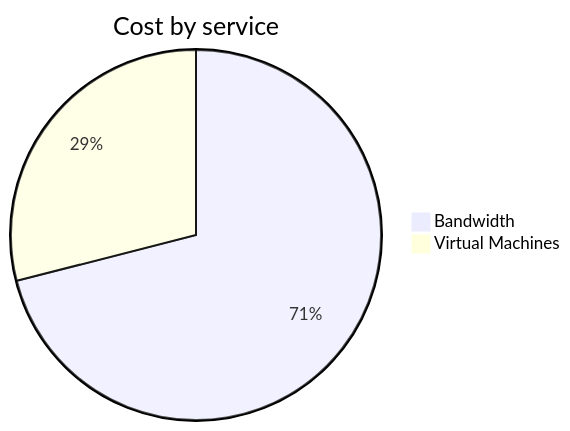
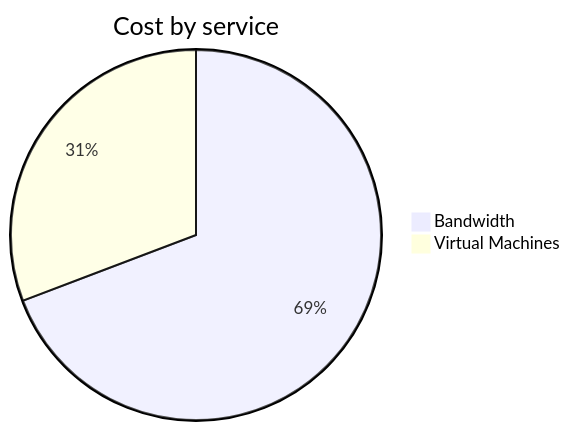
Before and after one commit to jpfulton/azure-personal-reports: the second of 4 diagrams in cost-reports/personal-network/vpn-server.md, drawn with Mermaid. The commit also changed other lines of this file and 8 other files, not shown here.

````diff
--- a/cost-reports/personal-network/vpn-server.md
+++ b/cost-reports/personal-network/vpn-server.md
@@ -96,6 +96,6 @@
 ```mermaid
 pie
    title Cost by service
    "Bandwidth" : 4.68
-   "Virtual Machines" : 1.91
+   "Virtual Machines" : 2.08
 ```
````
